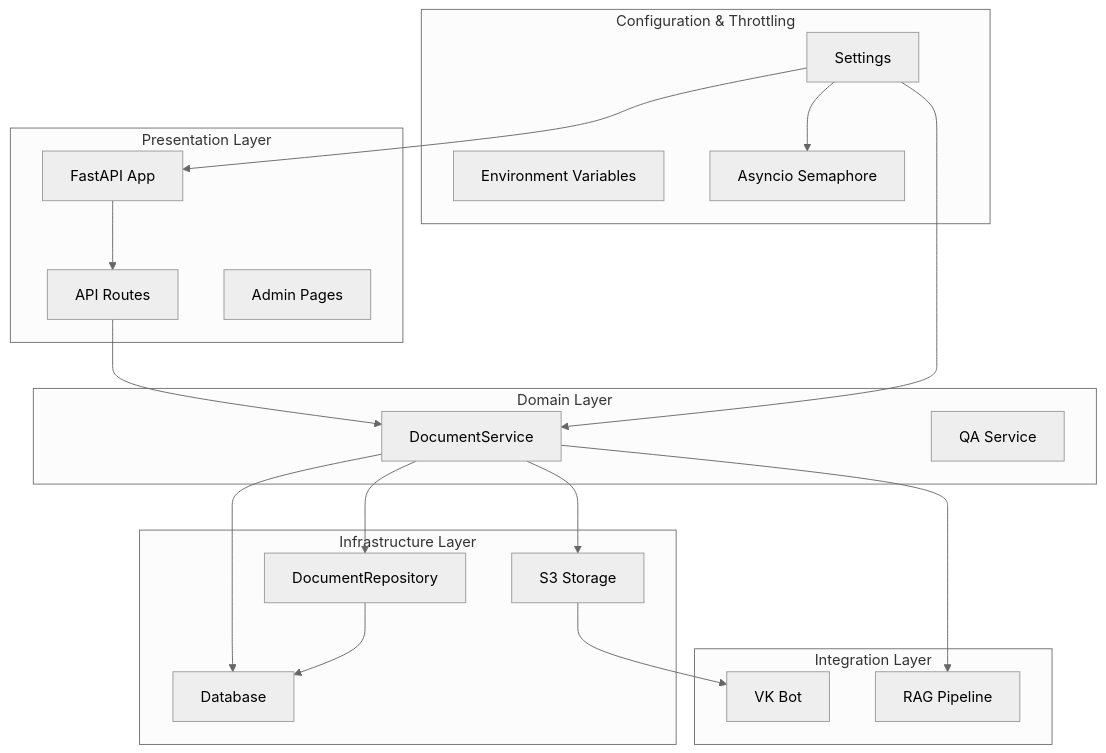
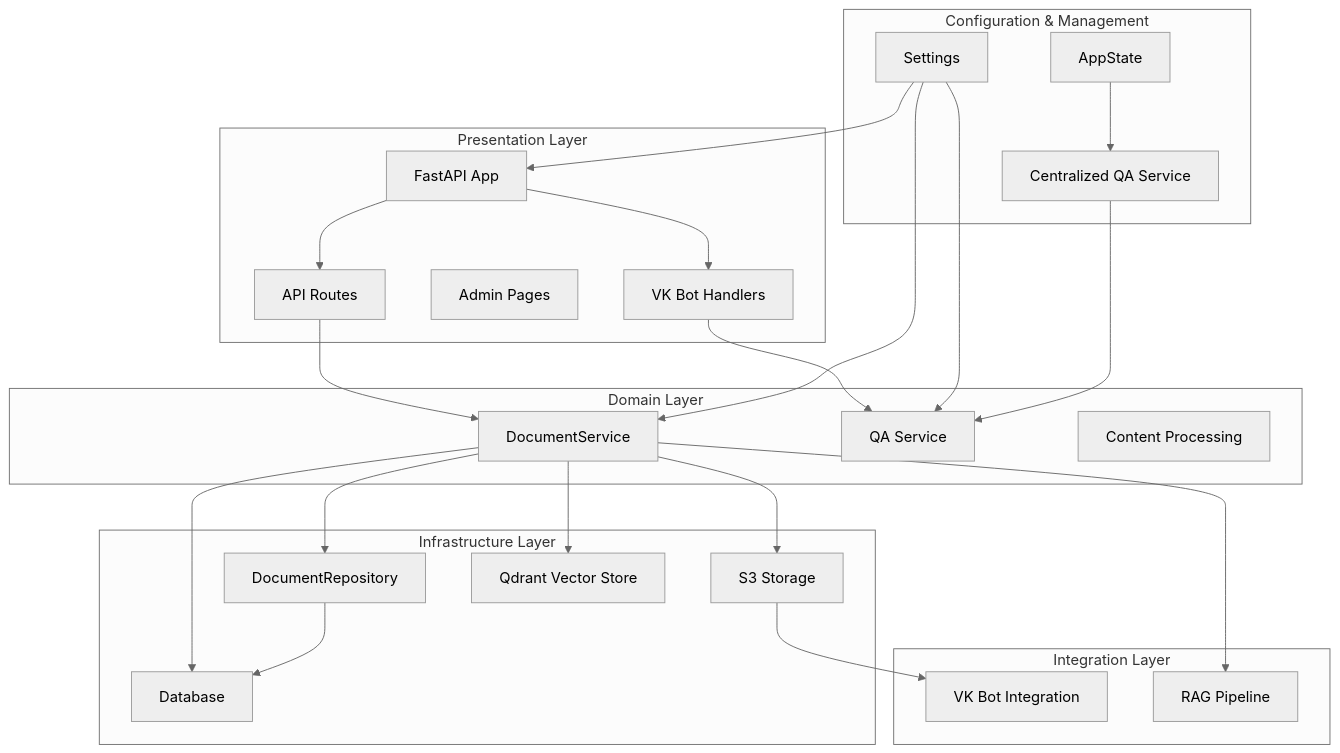
Before and after one commit to ognelis/cafetera_hr_bot: the first of 8 diagrams in .qoder/repowiki/en/content/API Reference/Dependency Injection System.md, drawn with Mermaid (neutral theme). The commit also changed other lines of this file and 29 other files, not shown here.

````diff
--- a/.qoder/repowiki/en/content/API Reference/Dependency Injection System.md
+++ b/.qoder/repowiki/en/content/API Reference/Dependency Injection System.md
@@ -53,37 +57,45 @@
 ```mermaid
 graph TB
 subgraph "Presentation Layer"
 A[FastAPI App]
 B[API Routes]
 C[Admin Pages]
+D[VK Bot Handlers]
 end
 subgraph "Domain Layer"
-D[DocumentService]
-E[QA Service]
+E[DocumentService]
+F[QA Service]
+G[Content Processing]
 end
 subgraph "Infrastructure Layer"
-F[DocumentRepository]
-G[Database]
-H[S3 Storage]
+H[DocumentRepository]
+I[Database]
+J[S3 Storage]
+K[Qdrant Vector Store]
 end
 subgraph "Integration Layer"
-I[VK Bot]
-J[RAG Pipeline]
+L[VK Bot Integration]
+M[RAG Pipeline]
 end
-subgraph "Configuration & Throttling"
-K[Settings]
-L[Environment Variables]
-M[Asyncio Semaphore]
+subgraph "Configuration & Management"
+N[Settings]
+O[AppState]
+P[Centralized QA Service]
 end
 A --> B
-B --> D
+A --> D
+B --> E
 D --> F
-D --> G
-D --> H
-F --> G
+E --> H
+E --> I
+E --> J
+E --> K
 H --> I
-D --> J
-K --> A
-K --> D
-K --> M
+J --> L
+E --> M
+N --> A
+N --> E
+N --> F
+O --> P
+P --> F
 ```
````
